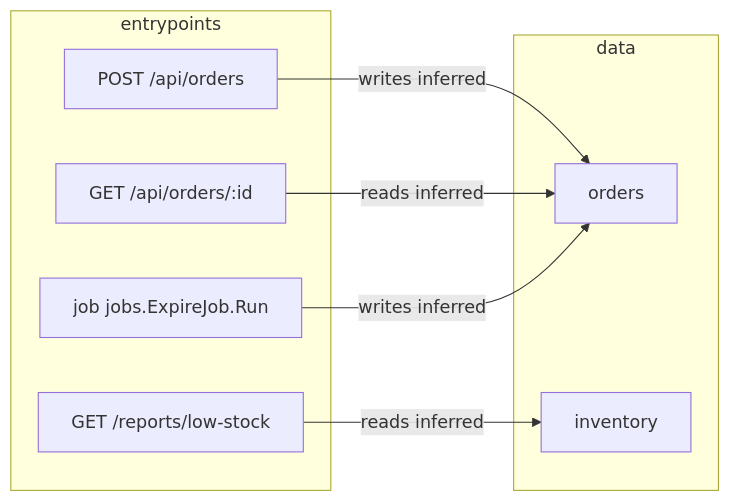
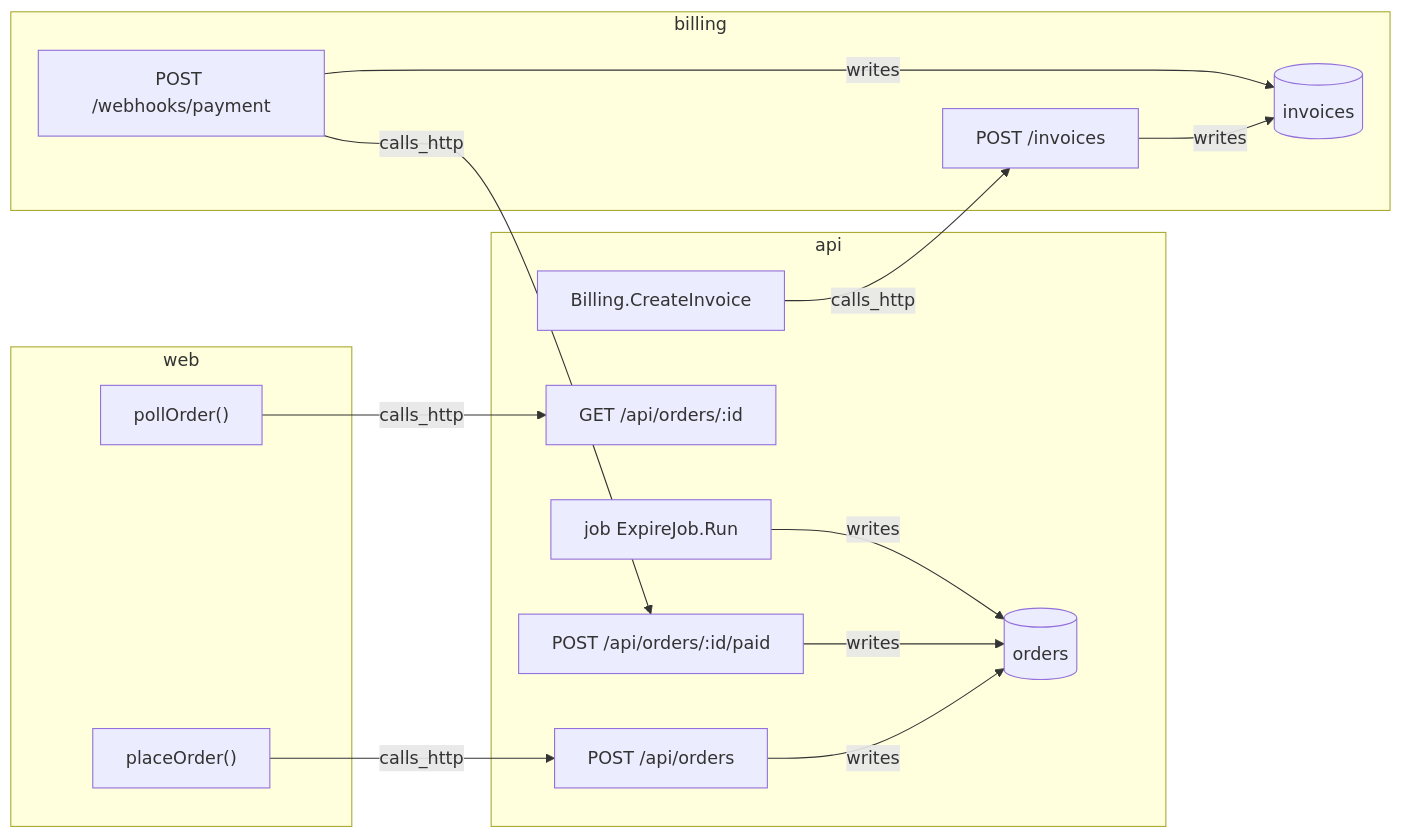
One commit to lucas-simao/bizmap changed the diagram in README.md. Above: the diagram before and after it, drawn with Mermaid. The commit also changed other lines of this file and 2 other files, not shown here.

````diff
--- a/README.md
+++ b/README.md
@@ -113,17 +36,29 @@
 ```mermaid
 flowchart LR
-  subgraph entrypoints
+  subgraph web
+    placeOrder["placeOrder()"]
+    pollOrder["pollOrder()"]
+  end
+  subgraph api
     POST_orders["POST /api/orders"]
     GET_order["GET /api/orders/:id"]
-    job_expire["job jobs.ExpireJob.Run"]
-    GET_stock["GET /reports/low-stock"]
+    POST_paid["POST /api/orders/:id/paid"]
+    job_expire["job ExpireJob.Run"]
+    CreateInvoice["Billing.CreateInvoice"]
+    orders[("orders")]
   end
-  subgraph data
-    orders["orders"]
-    inventory["inventory"]
+  subgraph billing
+    POST_invoices["POST /invoices"]
+    POST_webhook["POST /webhooks/payment"]
+    invoices[("invoices")]
   end
-  POST_orders -->|writes inferred| orders
-  GET_order -->|reads inferred| orders
-  job_expire -->|writes inferred| orders
-  GET_stock -->|reads inferred| inventory
+  placeOrder -->|calls_http| POST_orders
+  pollOrder -->|calls_http| GET_order
+  CreateInvoice -->|calls_http| POST_invoices
+  POST_webhook -->|calls_http| POST_paid
+  POST_orders -->|writes| orders
+  POST_paid -->|writes| orders
+  job_expire -->|writes| orders
+  POST_invoices -->|writes| invoices
+  POST_webhook -->|writes| invoices
 ```
````
